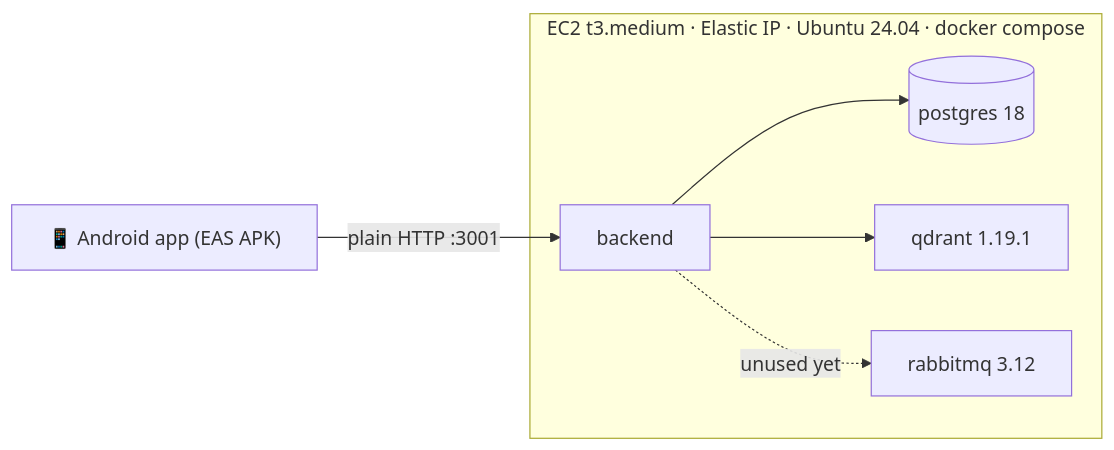
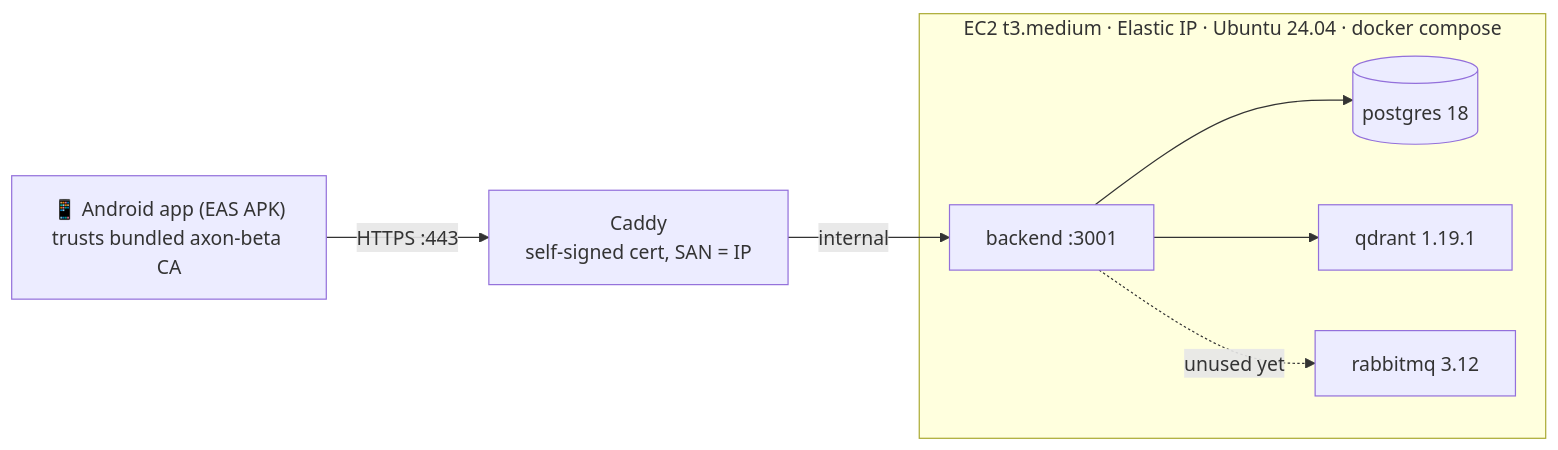
One commit to IAmPavelDev/axonpath changed the diagram in knowledge-base/DEPLOY_AWS_BETA.md. Above: the diagram before and after it, drawn with Mermaid. The commit also changed other lines of this file and 9 other files, not shown here.

Commit message:
Serve beta API over HTTPS with self-signed CA (Caddy + Android NSC plugin)

````diff
--- a/knowledge-base/DEPLOY_AWS_BETA.md
+++ b/knowledge-base/DEPLOY_AWS_BETA.md
@@ -13,9 +14,10 @@
 ```mermaid
 flowchart LR
-    P["📱 Android app (EAS APK)"] -->|"plain HTTP :3001"| B["backend"]
+    P["📱 Android app (EAS APK)\ntrusts bundled axon-beta CA"] -->|"HTTPS :443"| C["Caddy\nself-signed cert, SAN = IP"]
+    C -->|"internal"| B["backend :3001"]
     subgraph EC2["EC2 t3.medium · Elastic IP · Ubuntu 24.04 · docker compose"]
         B --> PG[("postgres 18")]
         B --> Q["qdrant 1.19.1"]
         B -. "unused yet" .-> RM["rabbitmq 3.12"]
     end
 ```
````
